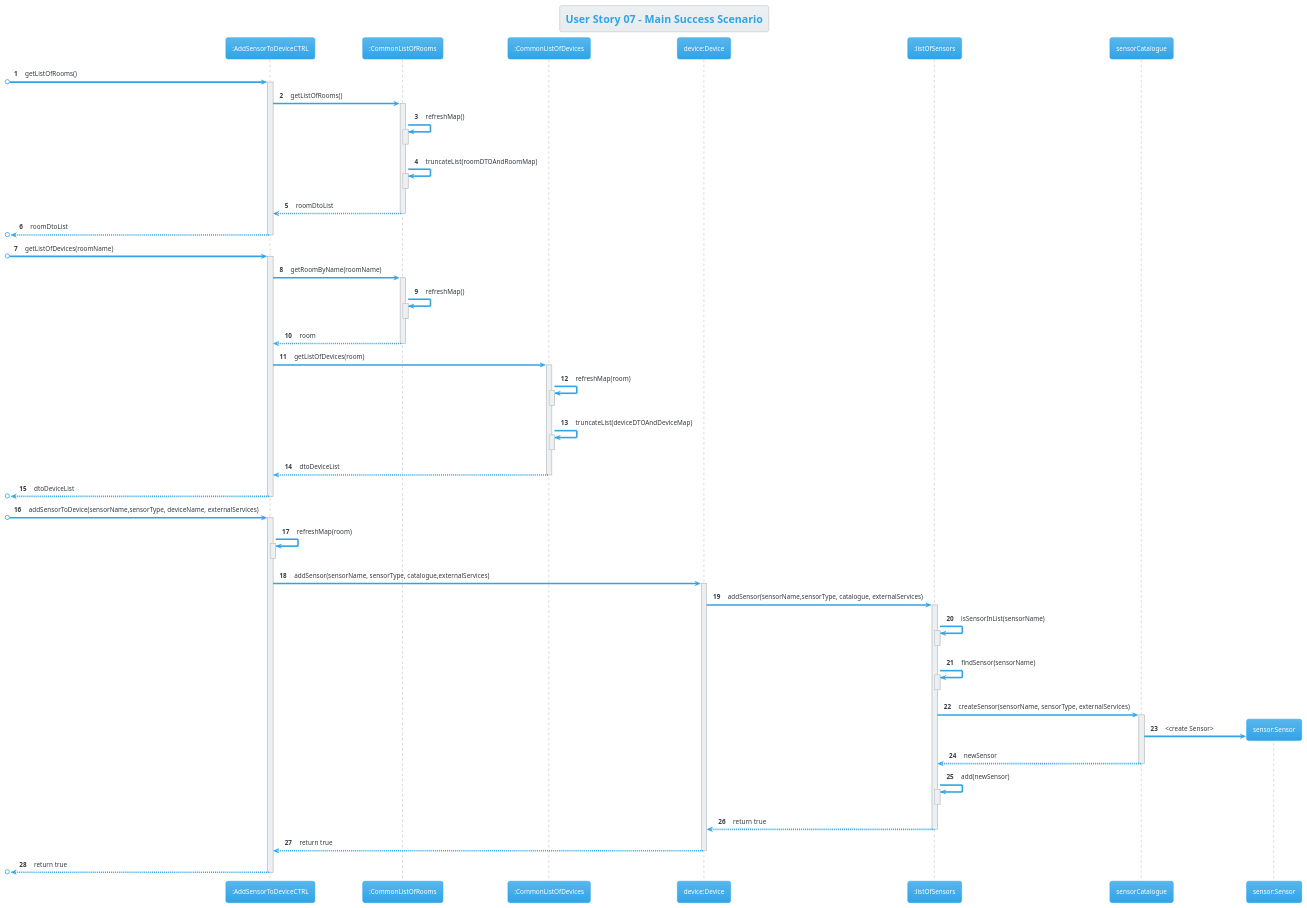
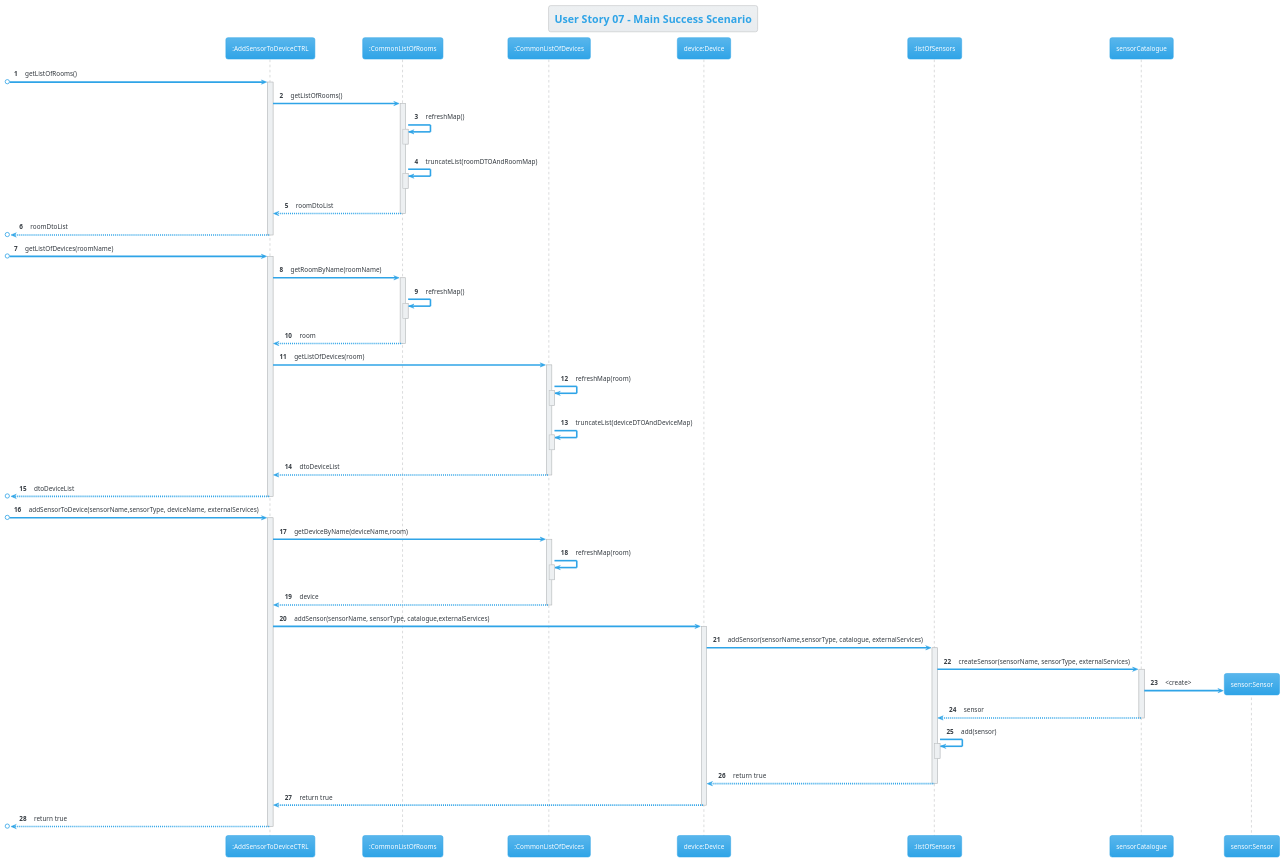
One commit to AfonsoNeves77/smartHouse changed the diagram in Docs/US07/S3US07SequenceDiagram.puml. Above: the diagram before and after it, drawn with PlantUML. The commit also changed 2 other files, not shown here.

Commit message:
Team review (Minor corrections sequence diagrams) (US7,US8,US12)

```diff
--- a/Docs/US07/S3US07SequenceDiagram.puml
+++ b/Docs/US07/S3US07SequenceDiagram.puml
@@ -1,82 +1,82 @@
 @startuml
 
 title User Story 07 - Main Success Scenario
 autonumber
 !theme cerulean
 
 participant ":AddSensorToDeviceCTRL" as C
 participant ":CommonListOfRooms" as CU
 participant ":CommonListOfDevices" as CD
 participant "device:Device" as D
 participant ":listOfSensors" as LS
 participant "sensorCatalogue" as SC
 participant "sensor:Sensor" as S
 
 
 
 [o-> C : getListOfRooms()
 activate C
 C -> CU : getListOfRooms()
 activate CU
 CU -> CU : refreshMap()
 activate CU
 deactivate CU
 CU -> CU : truncateList(roomDTOAndRoomMap)
 activate CU
 deactivate CU
 CU --> C : roomDtoList
 deactivate CU
 [o<-- C : roomDtoList
 deactivate C
 [o-> C : getListOfDevices(roomName)
 activate C
 C -> CU: getRoomByName(roomName)
 activate CU
 CU -> CU : refreshMap()
 activate CU
 deactivate CU
 CU --> C : room
 deactivate CU
 C -> CD : getListOfDevices(room)
 activate CD
 CD -> CD : refreshMap(room)
 activate CD
 deactivate CD
 CD -> CD : truncateList(deviceDTOAndDeviceMap)
 activate CD
 deactivate CD
 CD --> C : dtoDeviceList
 deactivate CD
 [o<-- C : dtoDeviceList
 deactivate C
 
 [o->C : addSensorToDevice(sensorName,sensorType, deviceName, externalServices)
 activate C
-C -> C : refreshMap(room)
-activate C
-deactivate C
+C -> CD : getDeviceByName(deviceName,room)
+activate CD
+CD -> CD : refreshMap(room)
+activate CD
+deactivate CD
+CD --> C : device
+deactivate CD
+
 C -> D : addSensor(sensorName, sensorType, catalogue,externalServices)
 activate D
 D -> LS : addSensor(sensorName,sensorType, catalogue, externalServices)
 activate LS
-LS -> LS : isSensorInList(sensorName)
-activate LS
-deactivate LS
-LS -> LS : findSensor(sensorName)
-activate LS
-deactivate LS
+
 LS -> SC : createSensor(sensorName, sensorType, externalServices)
 activate SC
-SC -> S** : <create Sensor>
-SC --> LS : newSensor
+SC -> S** : <create>
+SC --> LS : sensor
 deactivate SC
-LS -> LS : add(newSensor)
+LS -> LS : add(sensor)
 activate LS
 deactivate LS
 LS --> D : return true
 deactivate LS
 D --> C : return true
 deactivate D
 [o<-- C : return true
 deactivate C
 @enduml
```
